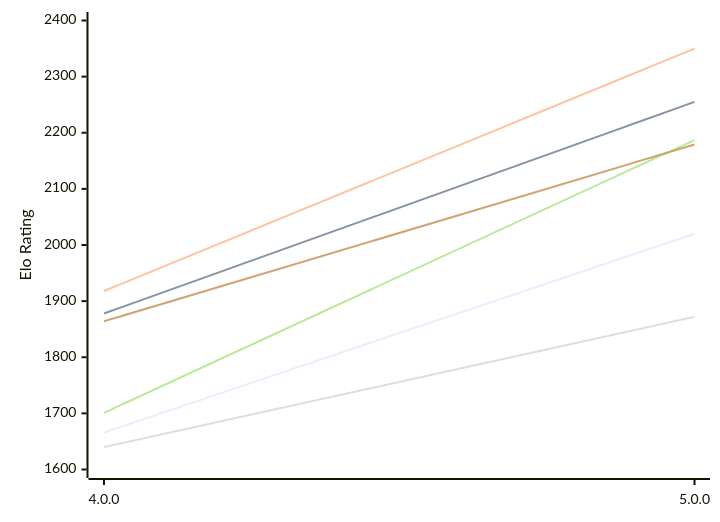
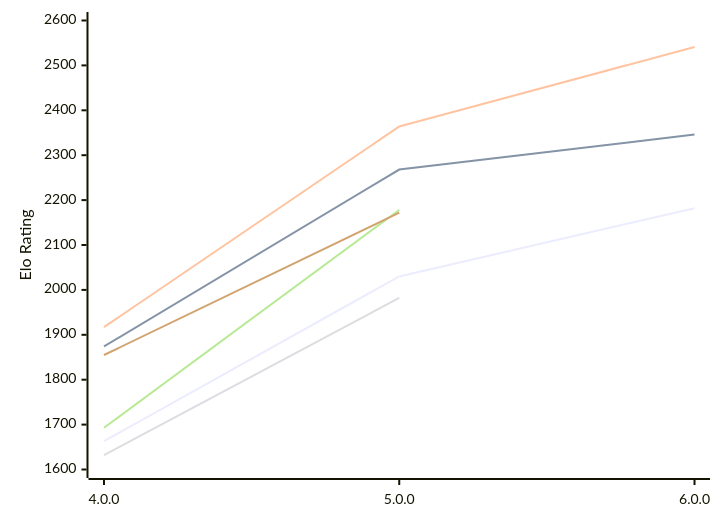
The first of 2 diagrams in engines/Laura.md (computer-chess-index/cci), drawn with Mermaid before and after one commit. The commit also changed other lines of this file, not shown here.

Commit message:
Update CCI Ratings (ELO VLTC) - 2026-11-14

````diff
--- a/engines/Laura.md
+++ b/engines/Laura.md
@@ -52,12 +53,12 @@
 ```mermaid
 %%{init: {"theme":"base","themeVariables":{"seriesColors:['#a3a3a3','#222221','#faa371']}}}%%
 xychart-beta
-  x-axis ["4.0.0", "5.0.0"]
-  y-axis "Elo Rating" 1600 --> 2400
-  line "E1: STC (8.0+0.08s)" [1666, 2020]
-  line "E1: LTC (60.0+0.60s)" [1878, 2255]
-  line "E1: VLTC (2m24s+1.12s)" [1918, 2350]
-  line "P1: STC (8.0+0.08s)" [1640, 1872]
-  line "P1: LTC (60.0+0.60s)" [1701, 2187]
-  line "P1: VLTC (2m24s+1.12s)" [1864, 2179]
+  x-axis ["4.0.0", "5.0.0", "6.0.0"]
+  y-axis "Elo Rating" 1600 --> 2600
+  line "E1: STC (8.0+0.08s)" [1663, 2030, 2182]
+  line "E1: LTC (60.0+0.60s)" [1874, 2268, 2346]
+  line "E1: VLTC (2m24s+1.12s)" [1917, 2364, 2541]
+  line "P1: STC (8.0+0.08s)" [1632, 1982]
+  line "P1: LTC (60.0+0.60s)" [1693, 2178]
+  line "P1: VLTC (2m24s+1.12s)" [1855, 2172]
 ```
````
